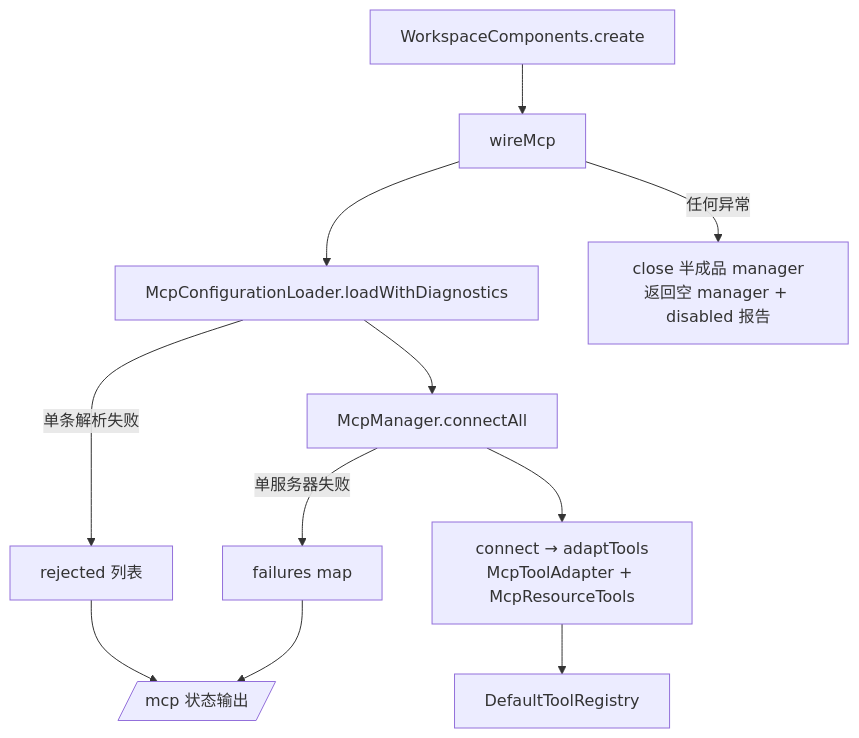
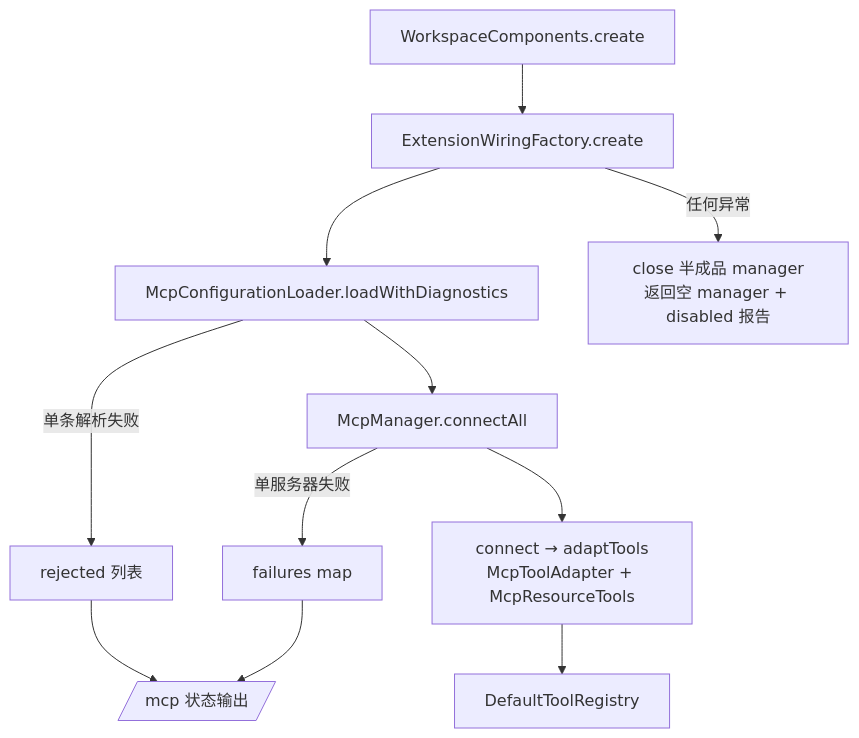
The diagram in docs/tutorial/11-mcp-and-skills.md (ailashi-126066/miniclaudecode), drawn with Mermaid before and after one commit. The commit also changed other lines of this file and 82 other files, not shown here.

````diff
--- a/docs/tutorial/11-mcp-and-skills.md
+++ b/docs/tutorial/11-mcp-and-skills.md
@@ -116,13 +116,13 @@
 ```mermaid
 flowchart TD
-    A[WorkspaceComponents.create] --> B[wireMcp]
+    A[WorkspaceComponents.create] --> B[ExtensionWiringFactory.create]
     B --> C[McpConfigurationLoader.loadWithDiagnostics]
     C -->|单条解析失败| R[rejected 列表]
     C --> D[McpManager.connectAll]
     D -->|单服务器失败| F[failures map]
     D --> E[connect → adaptTools<br/>McpToolAdapter + McpResourceTools]
     B -->|任何异常| G[close 半成品 manager<br/>返回空 manager + disabled 报告]
     R --> H[/mcp 状态输出/]
     F --> H
     E --> I[DefaultToolRegistry]
 ```
````
